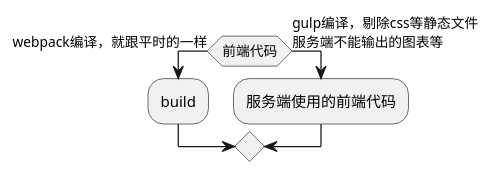
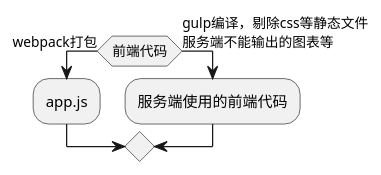
One commit to bingqichen/cnode-react changed the second of 3 diagrams in docs/服务端渲染.md. Above: the diagram before and after it, drawn with PlantUML. The commit also changed other lines of this file and 1 other file, not shown here.

````diff
--- a/docs/服务端渲染.md
+++ b/docs/服务端渲染.md
@@ -43,8 +39,8 @@
 ```plantuml
 @startuml
-if (前端代码) then (webpack编译，就跟平时的一样)
-  :build;
+if (前端代码) then (webpack打包)
+  :app.js;
 else (gulp编译，剔除css等静态文件\n服务端不能输出的图表等)
   :服务端使用的前端代码;
 @enduml
 ```
````
